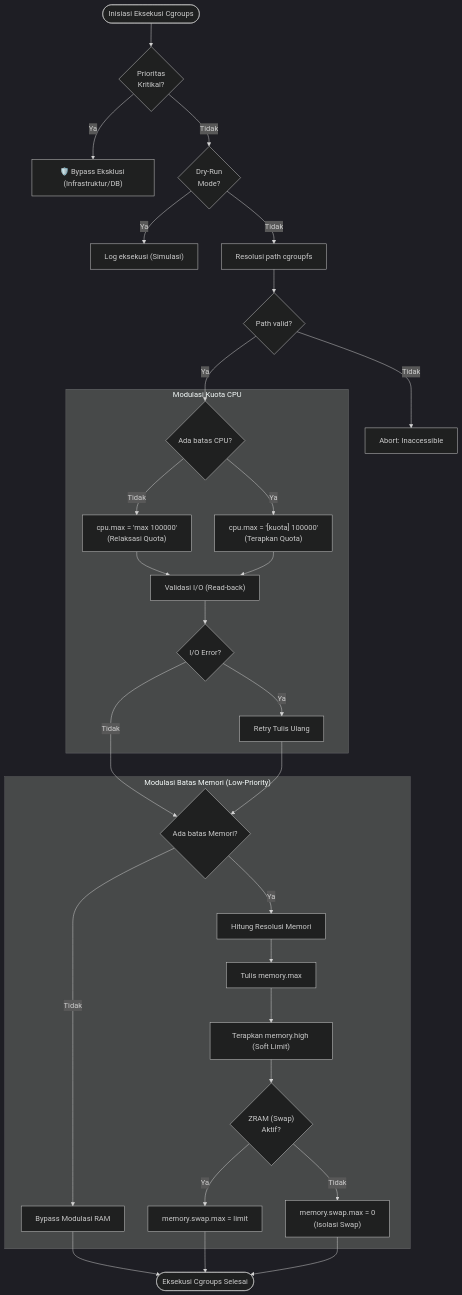
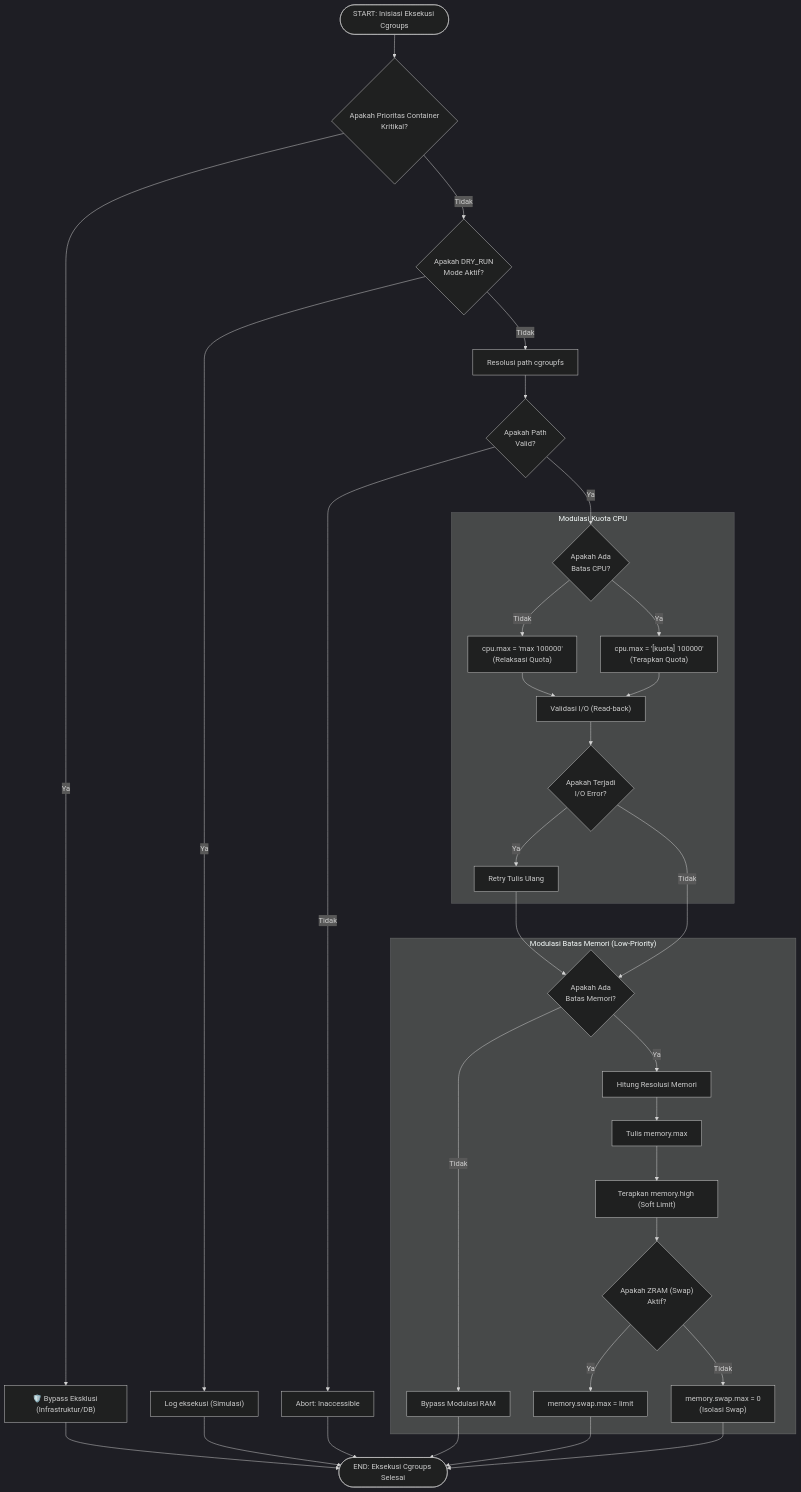
The second of 2 diagrams in architecture-diagrams/layer-4-shaper/01_shaper.md (fauzanreza/green-container-framework), drawn with Mermaid (dark theme) before and after one commit. The commit also changed 17 other files, not shown here.

Commit message:
edit fitur, menyesuaikan Architecture Diagram

````diff
--- a/architecture-diagrams/layer-4-shaper/01_shaper.md
+++ b/architecture-diagrams/layer-4-shaper/01_shaper.md
@@ -85,66 +85,69 @@
 ```mermaid
 flowchart TD
-    START(["Inisiasi Eksekusi Cgroups"])
+    START(["START: Inisiasi Eksekusi Cgroups"])
 
-    PENTING{"Prioritas<br/>Kritikal?"}
+    PENTING{"Apakah Prioritas Container<br/>Kritikal?"}
     LINDUNGI["🛡️ Bypass Eksklusi (Infrastruktur/DB)"]
 
-    SIMULASI{"Dry-Run<br/>Mode?"}
+    SIMULASI{"Apakah DRY_RUN<br/>Mode Aktif?"}
     CATAT["Log eksekusi (Simulasi)"]
 
     CARI["Resolusi path cgroupfs"]
-    KETEMU{"Path valid?"}
+    KETEMU{"Apakah Path<br/>Valid?"}
     LEWATI["Abort: Inaccessible"]
 
     subgraph CPU["Modulasi Kuota CPU"]
-    CEK_CPU{"Ada batas CPU?"}
+    CEK_CPU{"Apakah Ada<br/>Batas CPU?"}
     BEBASKAN["cpu.max = 'max 100000'<br/>(Relaksasi Quota)"]
     BATASI["cpu.max = '[kuota] 100000'<br/>(Terapkan Quota)"]
     VERIFIKASI["Validasi I/O (Read-back)"]
-    GAGAL{"I/O Error?"}
+    GAGAL{"Apakah Terjadi<br/>I/O Error?"}
     COBA_LAGI["Retry Tulis Ulang"]
     end
 
     subgraph RAM["Modulasi Batas Memori (Low-Priority)"]
-    PERLU_RAM{"Ada batas Memori?"}
+    PERLU_RAM{"Apakah Ada<br/>Batas Memori?"}
     LEWAT_RAM["Bypass Modulasi RAM"]
     HITUNG_RAM["Hitung Resolusi Memori"]
     TULIS_RAM["Tulis memory.max"]
     REM_PERINGATAN["Terapkan memory.high (Soft Limit)"]
-    CEK_SWAP{"ZRAM (Swap)<br/>Aktif?"}
+    CEK_SWAP{"Apakah ZRAM (Swap)<br/>Aktif?"}
     IZINKAN_SWAP["memory.swap.max = limit"]
     LARANG_SWAP["memory.swap.max = 0<br/>(Isolasi Swap)"]
     end
 
-    SELESAI(["Eksekusi Cgroups Selesai"])
+    SELESAI(["END: Eksekusi Cgroups Selesai"])
 
     START --> PENTING
     PENTING -->|Ya| LINDUNGI
     PENTING -->|Tidak| SIMULASI
     SIMULASI -->|Ya| CATAT
     SIMULASI -->|Tidak| CARI
     CARI --> KETEMU
     KETEMU -->|Tidak| LEWATI
     KETEMU -->|Ya| CEK_CPU
 
     CEK_CPU -->|Tidak| BEBASKAN
     CEK_CPU -->|Ya| BATASI
     BEBASKAN --> VERIFIKASI
     BATASI --> VERIFIKASI
     VERIFIKASI --> GAGAL
     GAGAL -->|Ya| COBA_LAGI
     GAGAL -->|Tidak| PERLU_RAM
     COBA_LAGI --> PERLU_RAM
 
     PERLU_RAM -->|Tidak| LEWAT_RAM
     PERLU_RAM -->|Ya| HITUNG_RAM
     HITUNG_RAM --> TULIS_RAM
     TULIS_RAM --> REM_PERINGATAN
     REM_PERINGATAN --> CEK_SWAP
     CEK_SWAP -->|Ya| IZINKAN_SWAP
     CEK_SWAP -->|Tidak| LARANG_SWAP
 
     LEWAT_RAM --> SELESAI
     IZINKAN_SWAP --> SELESAI
     LARANG_SWAP --> SELESAI
+    LINDUNGI --> SELESAI
+    CATAT --> SELESAI
+    LEWATI --> SELESAI
 ```
````
